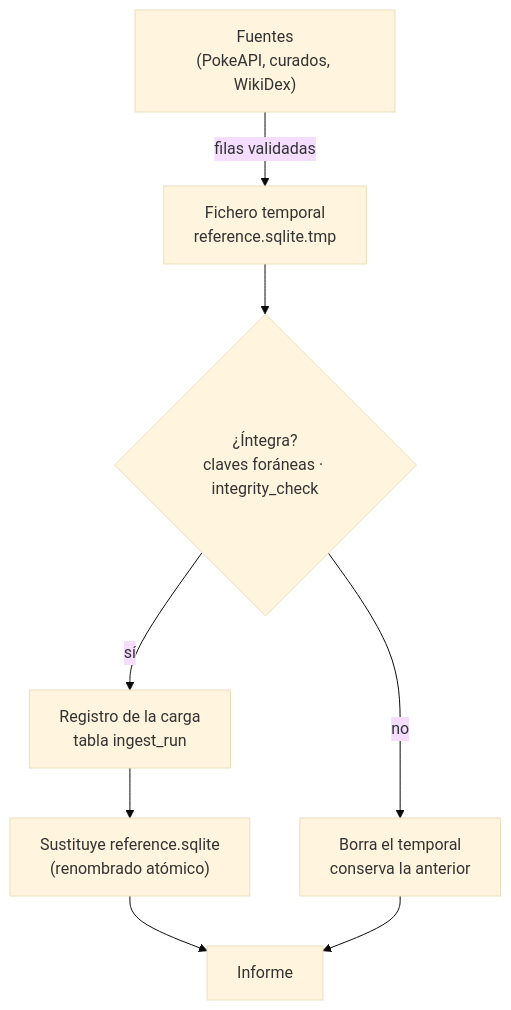
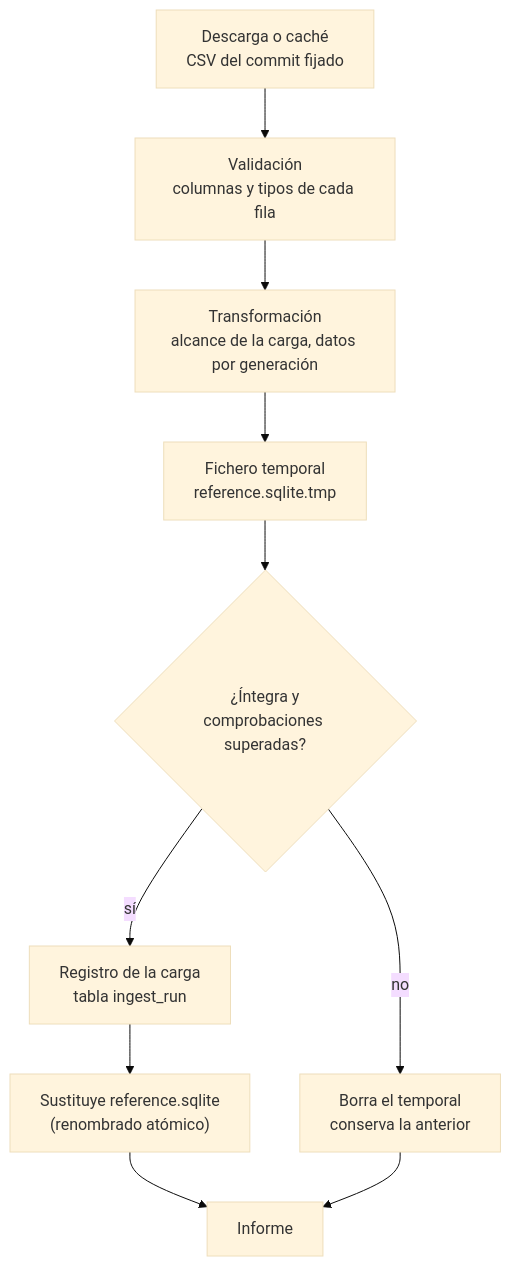
The diagram in docs/05-operacion/ingesta.md (AlbertoMercado/pokemon-team-builder), drawn with Mermaid (base theme) before and after one commit. The commit also changed other lines of this file and 49 other files, not shown here.

First line of the commit message:
feat(ingest): añadir la fuente de PokeAPI y las comprobaciones de la primera carga (fase 3)

````diff
--- a/docs/05-operacion/ingesta.md
+++ b/docs/05-operacion/ingesta.md
@@ -34,8 +53,10 @@
 ```mermaid
 flowchart TD
-    S["Fuentes<br/>(PokeAPI, curados, WikiDex)"] -- filas validadas --> T["Fichero temporal<br/>reference.sqlite.tmp"]
-    T --> C{"¿Íntegra?<br/>claves foráneas · integrity_check"}
+    D["Descarga o caché<br/>CSV del commit fijado"] --> V["Validación<br/>columnas y tipos de cada fila"]
+    V --> X["Transformación<br/>alcance de la carga, datos por generación"]
+    X --> T["Fichero temporal<br/>reference.sqlite.tmp"]
+    T --> C{"¿Íntegra y<br/>comprobaciones superadas?"}
     C -- sí --> R["Registro de la carga<br/>tabla ingest_run"] --> M["Sustituye reference.sqlite<br/>(renombrado atómico)"]
-    C -- no --> X["Borra el temporal<br/>conserva la anterior"]
-    M & X --> I["Informe"]
+    C -- no --> E["Borra el temporal<br/>conserva la anterior"]
+    M & E --> I["Informe"]
 ```
````
